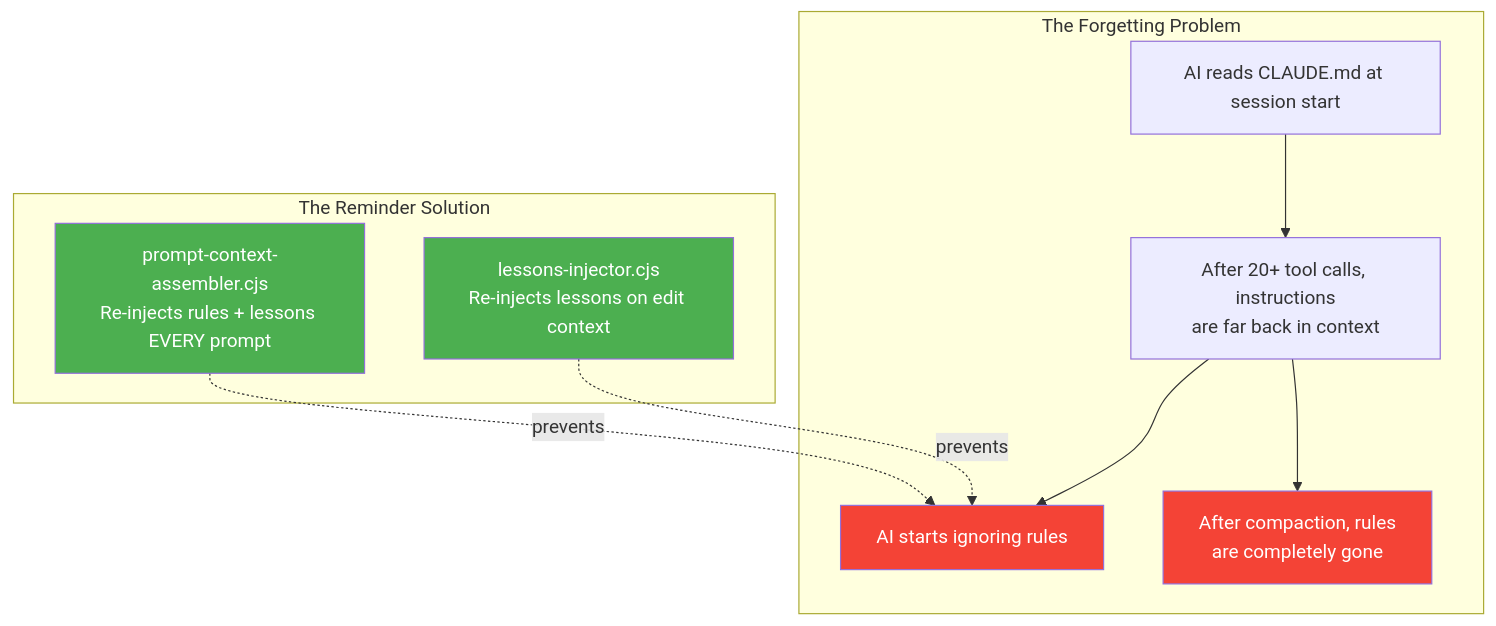
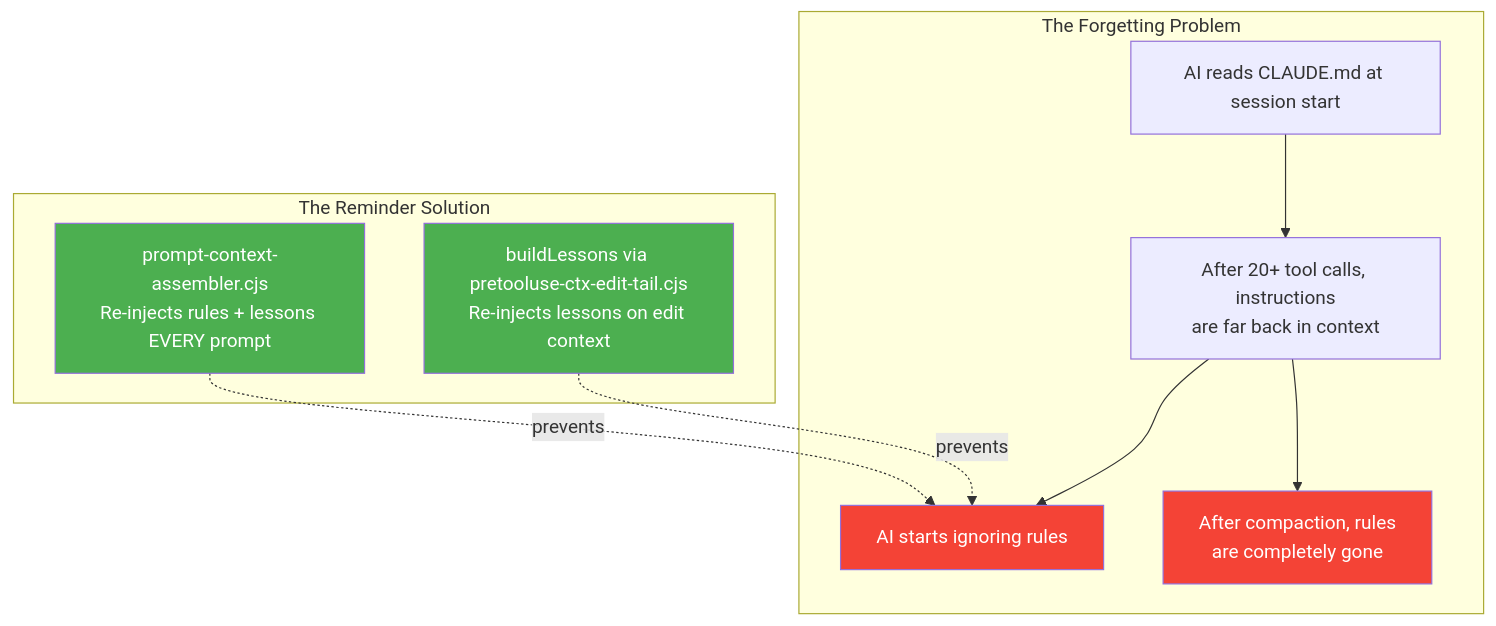
The tenth of 20 diagrams in .claude/docs/claude-ai-agent-framework-guide.md (duc01226/easy-claude), drawn with Mermaid before and after one commit. The commit also changed other lines of this file and 382 other files, not shown here.

````diff
--- a/.claude/docs/claude-ai-agent-framework-guide.md
+++ b/.claude/docs/claude-ai-agent-framework-guide.md
@@ -1058,24 +1058,24 @@
 ```mermaid
 graph TB
     subgraph "The Forgetting Problem"
         F1[AI reads CLAUDE.md at session start]
         F2[After 20+ tool calls, instructions<br/>are far back in context]
         F3[AI starts ignoring rules]
         F4[After compaction, rules<br/>are completely gone]
     end
 
     subgraph "The Reminder Solution"
         R1[prompt-context-assembler.cjs<br/>Re-injects rules + lessons EVERY prompt]
-        R2[lessons-injector.cjs<br/>Re-injects lessons on edit context]
+        R2[buildLessons via pretooluse-ctx-edit-tail.cjs<br/>Re-injects lessons on edit context]
     end
 
     F1 --> F2 --> F3
     F2 --> F4
     R1 -.->|prevents| F3
     R2 -.->|prevents| F3
 
     style F3 fill:#f44336,color:white
     style F4 fill:#f44336,color:white
     style R1 fill:#4CAF50,color:white
     style R2 fill:#4CAF50,color:white
 ```
````
